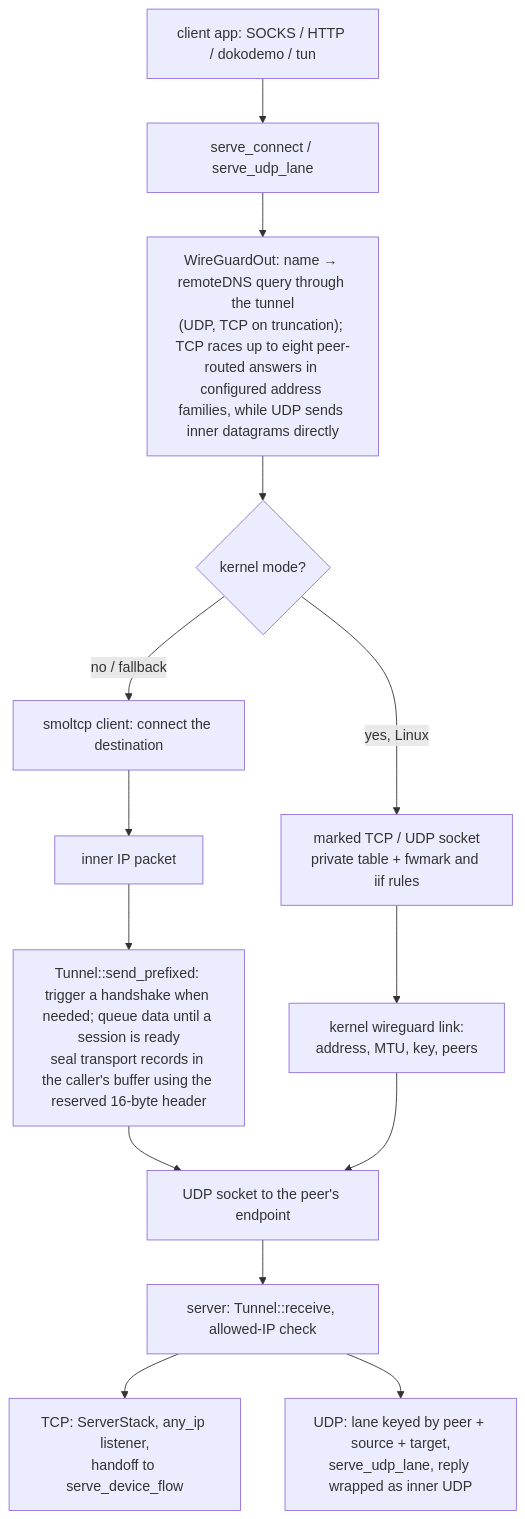
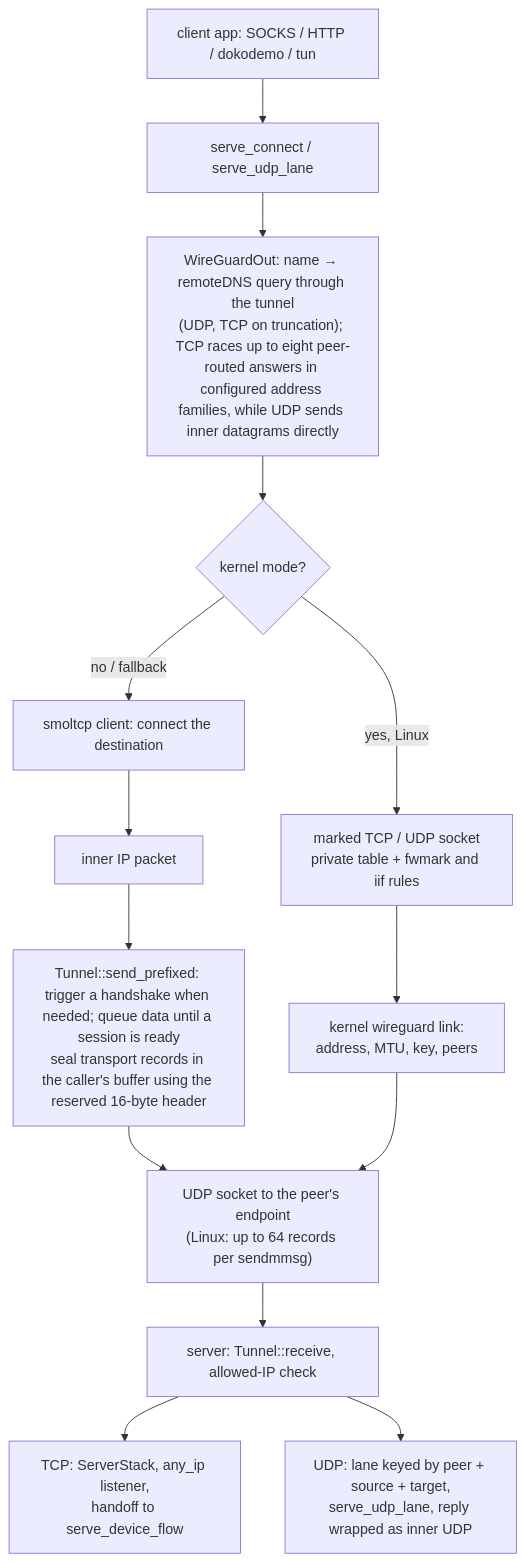
Before and after one commit to Ferrocite/ferrox: the diagram in docs/function/wireguard.md, drawn with Mermaid. The commit also changed other lines of this file and 2 other files, not shown here.

````diff
--- a/docs/function/wireguard.md
+++ b/docs/function/wireguard.md
@@ -23,16 +23,16 @@
 ```mermaid
 graph TD
     A["client app: SOCKS / HTTP / dokodemo / tun"] --> B["serve_connect / serve_udp_lane"]
     B --> C["WireGuardOut: name → remoteDNS query through the tunnel<br/>(UDP, TCP on truncation); TCP races up to eight peer-routed answers in configured address families, while UDP sends inner datagrams directly"]
     C --> K{"kernel mode?"}
     K -->|yes, Linux| L["marked TCP / UDP socket<br/>private table + fwmark and iif rules"]
     L --> M["kernel wireguard link:<br/>address, MTU, key, peers"]
     K -->|no / fallback| N["smoltcp client: connect the destination"]
     N --> D["inner IP packet"]
     D --> E["Tunnel::send_prefixed: trigger a handshake when needed; queue data until a session is ready<br/>seal transport records in the caller's buffer using the reserved 16-byte header"]
-    E --> F["UDP socket to the peer's endpoint"]
+    E --> F["UDP socket to the peer's endpoint<br/>(Linux: up to 64 records per sendmmsg)"]
     M --> F
     F --> G["server: Tunnel::receive, allowed-IP check"]
     G --> H["TCP: ServerStack, any_ip listener,<br/>handoff to serve_device_flow"]
     G --> I["UDP: lane keyed by peer + source + target,<br/>serve_udp_lane, reply wrapped as inner UDP"]
 ```
````
